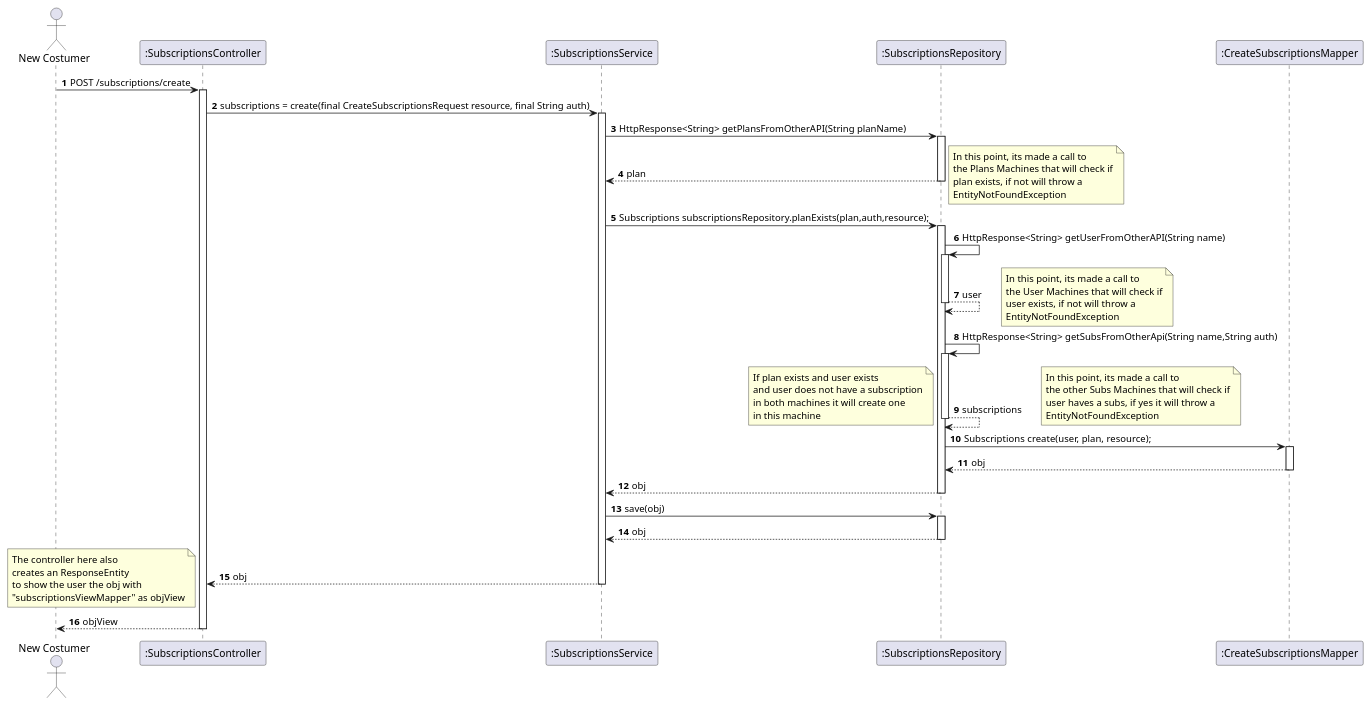
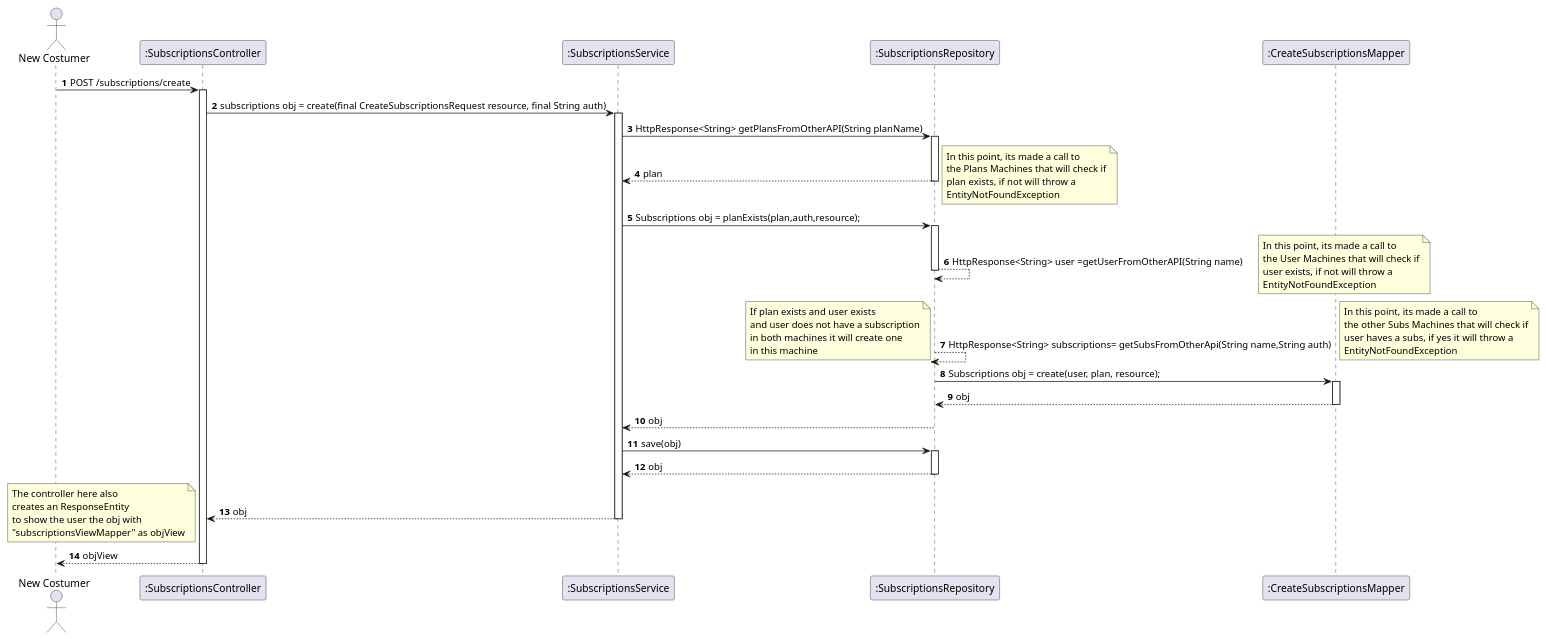
One commit to IsepMartimOliveira/SIDIS changed the diagram in docs_sidis/Subs/UC07 - CreateSub/UC07-SD.puml. Above: the diagram before and after it, drawn with PlantUML. The commit also changed 9 other files, not shown here.

```diff
--- a/docs_sidis/Subs/UC07 - CreateSub/UC07-SD.puml
+++ b/docs_sidis/Subs/UC07 - CreateSub/UC07-SD.puml
@@ -1,69 +1,66 @@
 @startuml
 'https://plantuml.com/sequence-diagram
 autoactivate on
 autonumber
 actor "New Costumer" as Ac
 participant ":SubscriptionsController" as Ctrl
 participant ":SubscriptionsService" as Serv
 participant ":SubscriptionsRepository" as SubRepo
 participant ":CreateSubscriptionsMapper" as Mapper
 Ac -> Ctrl : POST /subscriptions/create
-Ctrl -> Serv : subscriptions = create(final CreateSubscriptionsRequest resource, final String auth)
+Ctrl -> Serv : subscriptions obj = create(final CreateSubscriptionsRequest resource, final String auth)
 Serv -> SubRepo : HttpResponse<String> getPlansFromOtherAPI(String planName)
 SubRepo --> Serv : plan
 note right
   In this point, its made a call to
   the Plans Machines that will check if
   plan exists, if not will throw a
   EntityNotFoundException
 end note
-Serv -> SubRepo: Subscriptions subscriptionsRepository.planExists(plan,auth,resource);
+Serv -> SubRepo: Subscriptions obj = planExists(plan,auth,resource);
 
-SubRepo -> SubRepo : HttpResponse<String> getUserFromOtherAPI(String name)
-SubRepo --> SubRepo : user
-
+SubRepo --> SubRepo : HttpResponse<String> user =getUserFromOtherAPI(String name)
 
 
 note right
   In this point, its made a call to
   the User Machines that will check if
   user exists, if not will throw a
   EntityNotFoundException
 end note
 
-SubRepo -> SubRepo :HttpResponse<String> getSubsFromOtherApi(String name,String auth)
-SubRepo --> SubRepo : subscriptions
+SubRepo --> SubRepo :HttpResponse<String> subscriptions= getSubsFromOtherApi(String name,String auth)
 note right
   In this point, its made a call to
   the other Subs Machines that will check if
   user haves a subs, if yes it will throw a
   EntityNotFoundException
 end note
 
 
 note left
   If plan exists and user exists
   and user does not have a subscription
   in both machines it will create one
   in this machine
 end note
-SubRepo -> Mapper :Subscriptions create(user, plan, resource);
+SubRepo -> Mapper :Subscriptions obj = create(user, plan, resource);
 Mapper --> SubRepo: obj
 
 SubRepo --> Serv: obj
 
 
 Serv -> SubRepo: save(obj)
 SubRepo --> Serv: obj
 Serv --> Ctrl: obj
 
 
 note left
  The controller here also
  creates an ResponseEntity
  to show the user the obj with
  "subscriptionsViewMapper" as objView
 end note
 Ac <-- Ctrl : objView
 
 @enduml
```
